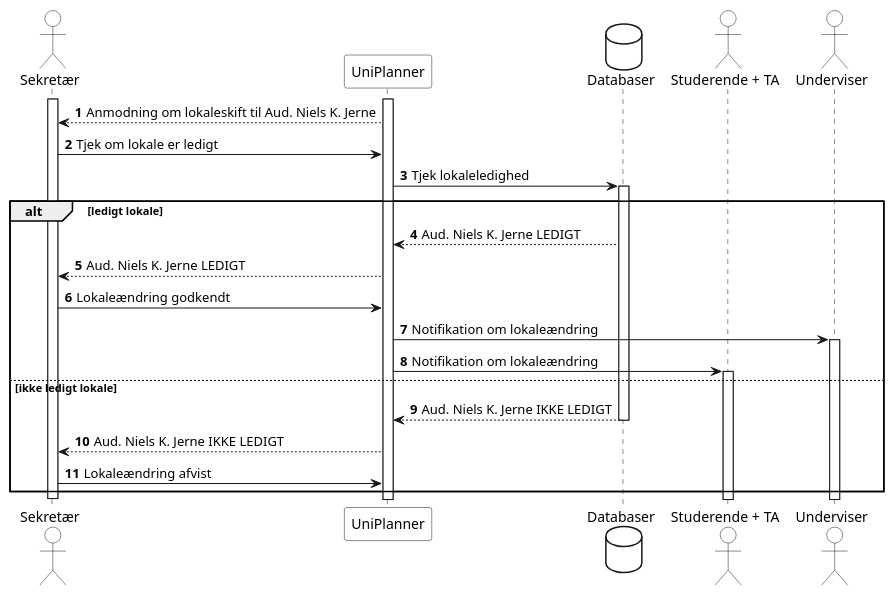
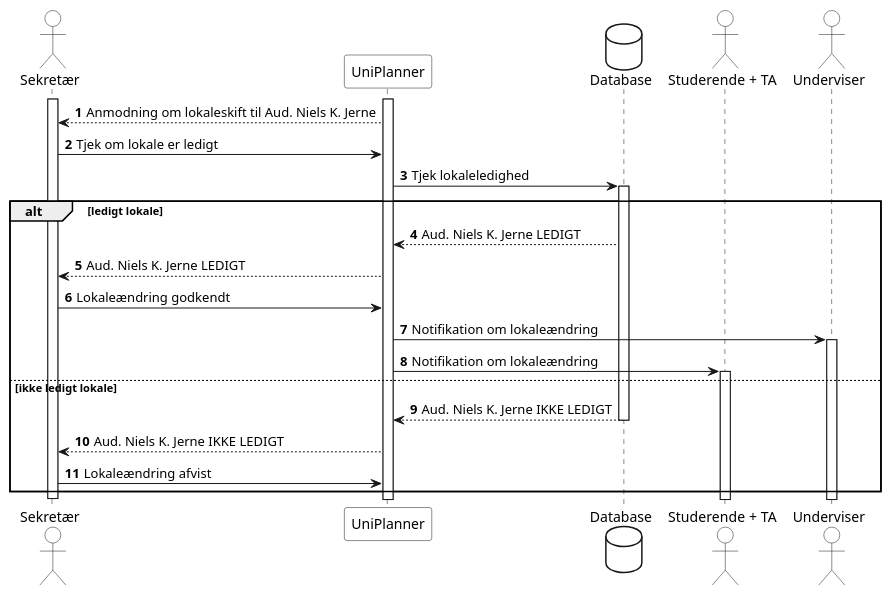
One commit to FrederikkeValentin/Iteration-1 changed the diagram in DIAGRAMMER/SSD_sekretaer.puml. Above: the diagram before and after it, drawn with PlantUML. The commit also changed 1 other file, not shown here.

```diff
--- a/DIAGRAMMER/SSD_sekretaer.puml
+++ b/DIAGRAMMER/SSD_sekretaer.puml
@@ -1,39 +1,39 @@
 @startuml
 'https://plantuml.com/sequence-diagram
 
 autonumber
 actor Sekretær as sekretær #white
 participant UniPlanner as uniplanner #white
-database Databaser as database #white
+database Database as database #white
 actor "Studerende + TA" as studerende #white
 actor Underviser as underviser #white
 
 
 
 activate uniplanner
 activate sekretær
 uniplanner-->sekretær:Anmodning om lokaleskift til Aud. Niels K. Jerne
 sekretær->uniplanner:Tjek om lokale er ledigt
 
 uniplanner->database:Tjek lokaleledighed
 activate database
 alt ledigt lokale
     database --> uniplanner: Aud. Niels K. Jerne LEDIGT
     uniplanner-->sekretær: Aud. Niels K. Jerne LEDIGT
     uniplanner <- sekretær: Lokaleændring godkendt
 
     uniplanner->underviser: Notifikation om lokaleændring
     activate underviser
     uniplanner->studerende: Notifikation om lokaleændring
     activate studerende
 
 
 else ikke ledigt lokale
     database --> uniplanner: Aud. Niels K. Jerne IKKE LEDIGT
     deactivate database
     uniplanner --> sekretær: Aud. Niels K. Jerne IKKE LEDIGT
     sekretær -> uniplanner: Lokaleændring afvist
 
 end
 deactivate sekretær
 @enduml
```
